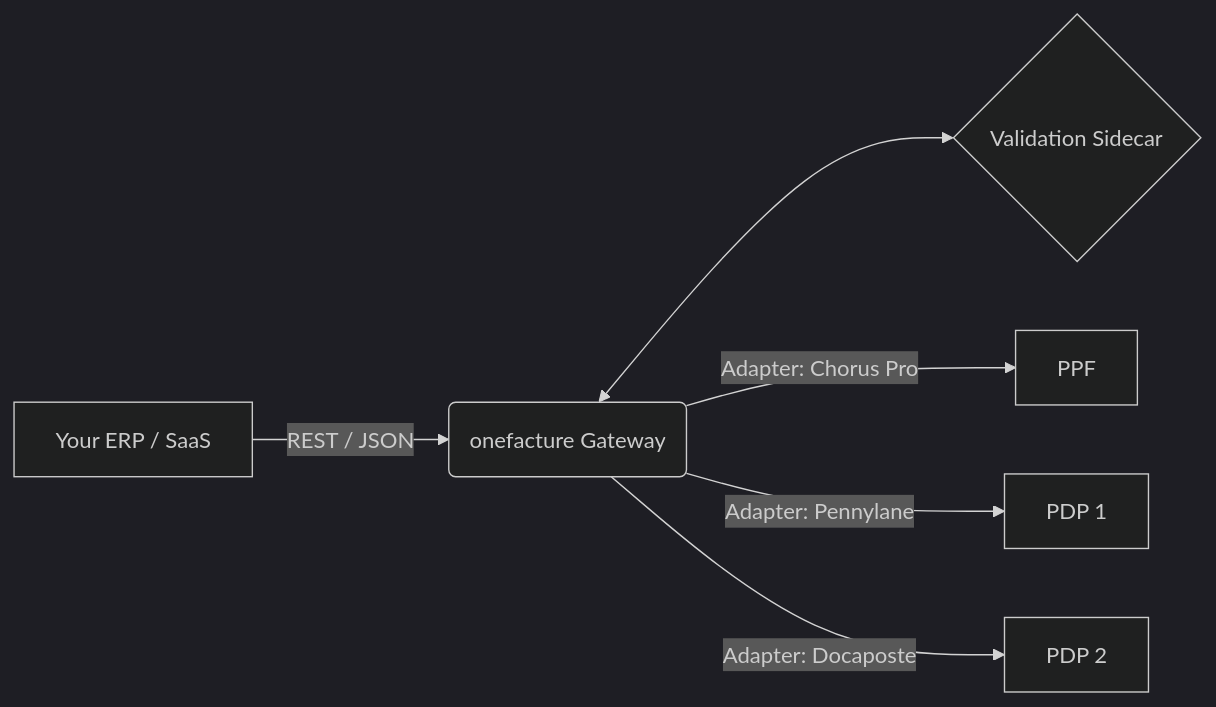
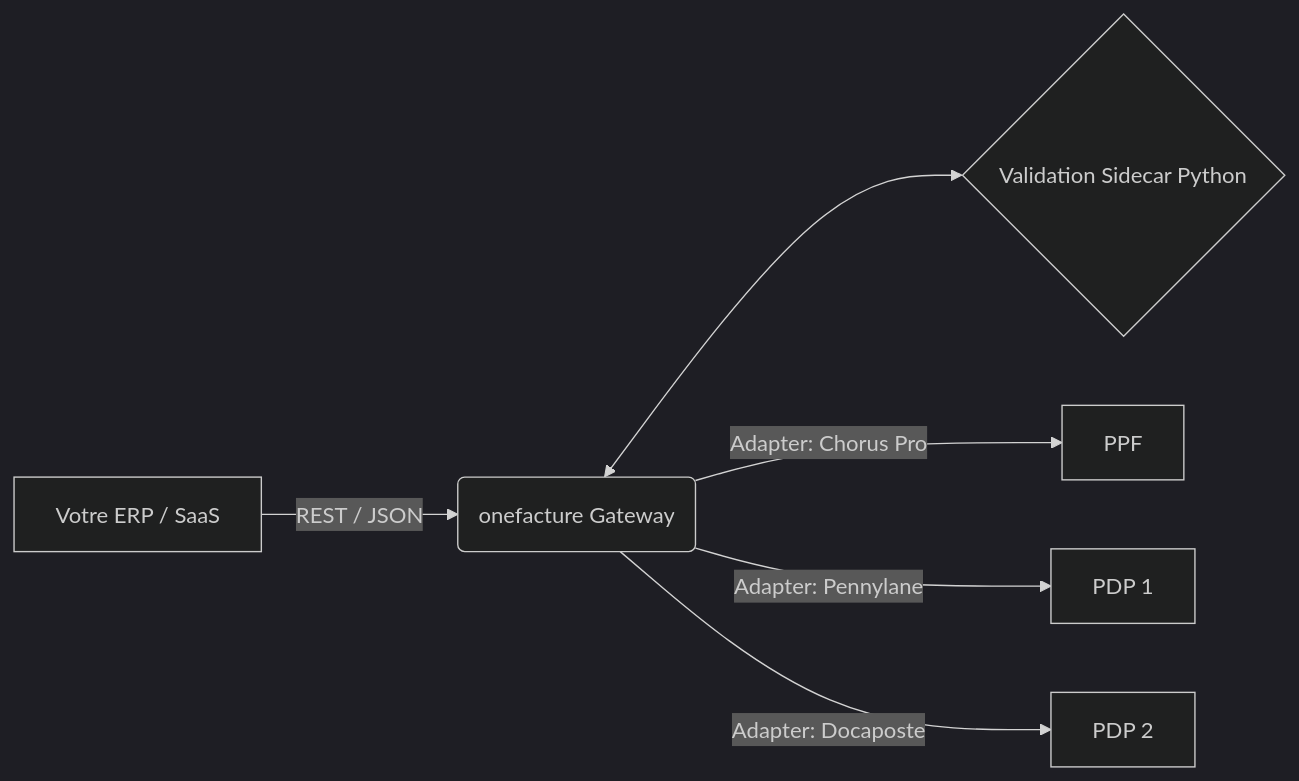
Before and after one commit to yawo/onefacture: the diagram in README.md, drawn with Mermaid (dark theme). The commit also changed other lines of this file, not shown here.

````diff
--- a/README.md
+++ b/README.md
@@ -54,8 +54,8 @@
 ```mermaid
 graph LR
-    A[Your ERP / SaaS] -->|REST / JSON| B(onefacture Gateway)
-    B <--> C{Validation Sidecar}
+    A[Votre ERP / SaaS] -->|REST / JSON| B(onefacture Gateway)
+    B <--> C{Validation Sidecar Python}
     B -->|Adapter: Chorus Pro| D[PPF]
     B -->|Adapter: Pennylane| E[PDP 1]
     B -->|Adapter: Docaposte| F[PDP 2]
 ```
````
